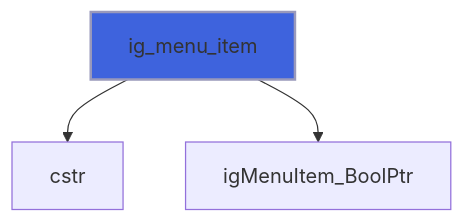
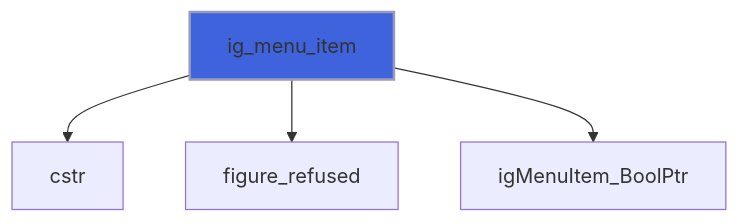
Before and after one commit to szaghi/figure: diagram 11 of 14 in docs/api/src/lib/figure_menu.md, drawn with Mermaid. The commit also changed other lines of this file and 10 other files, not shown here.

````diff
--- a/docs/api/src/lib/figure_menu.md
+++ b/docs/api/src/lib/figure_menu.md
@@ -246,6 +271,7 @@
 ```mermaid
 flowchart TD
   ig_menu_item["ig_menu_item"] --> cstr["cstr"]
+  ig_menu_item["ig_menu_item"] --> figure_refused["figure_refused"]
   ig_menu_item["ig_menu_item"] --> igMenuItem_BoolPtr["igMenuItem_BoolPtr"]
   style ig_menu_item fill:#3e63dd,stroke:#99b,stroke-width:2px
 ```
````
